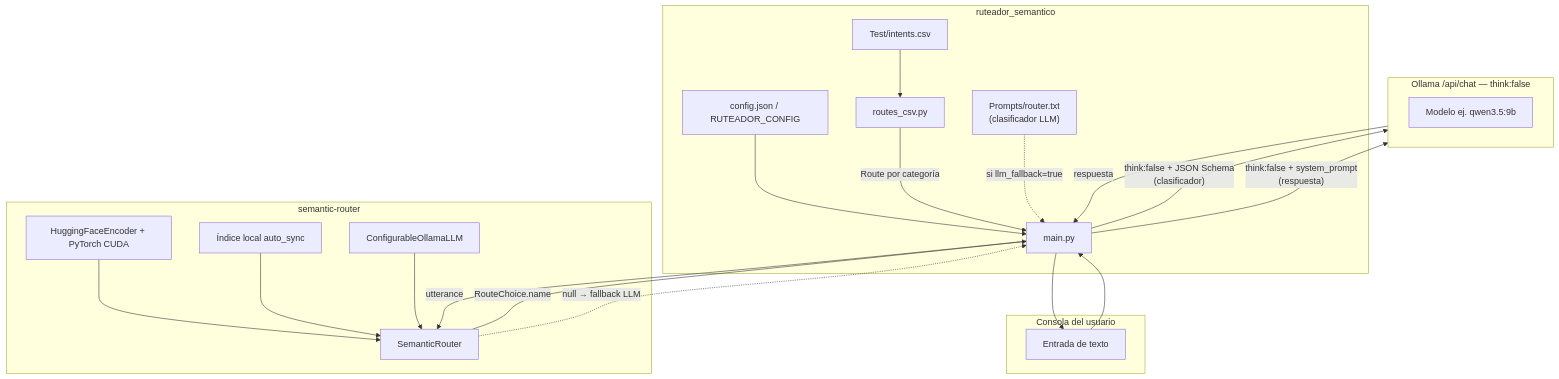
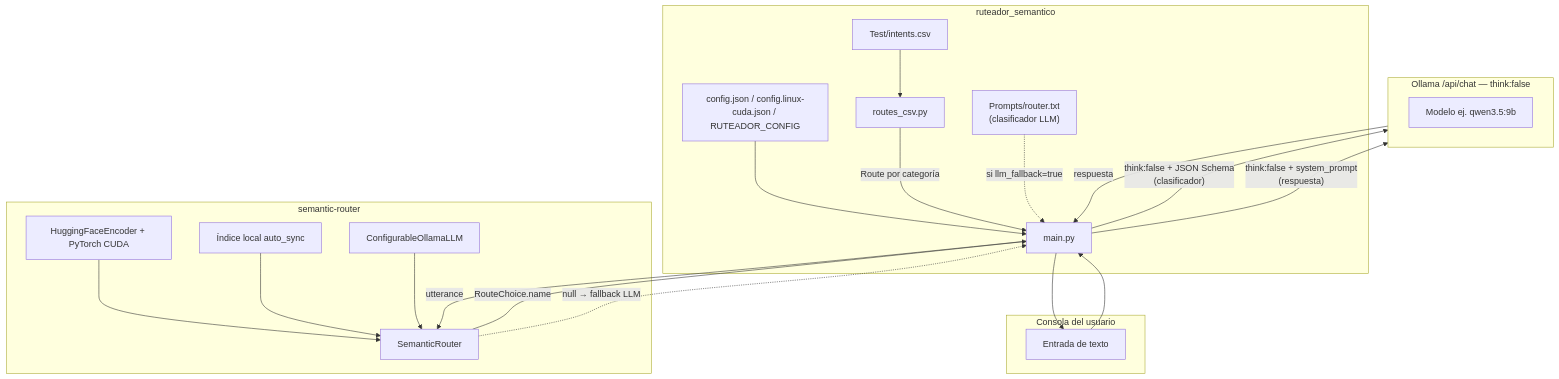
One commit to jquiroga-arg/intentrouter changed the diagram in README.md. Above: the diagram before and after it, drawn with Mermaid. The commit also changed other lines of this file and 8 other files, not shown here.

````diff
--- a/README.md
+++ b/README.md
@@ -9,41 +16,41 @@
 ```mermaid
 flowchart TB
     subgraph consola["Consola del usuario"]
         U[Entrada de texto]
     end
 
     subgraph app["ruteador_semantico"]
-        CFG[config.json / RUTEADOR_CONFIG]
+        CFG[config.json / config.linux-cuda.json / RUTEADOR_CONFIG]
         CSV[Test/intents.csv]
         PROMPT["Prompts/router.txt\n(clasificador LLM)"]
         LD[routes_csv.py]
         MAIN[main.py]
         CFG --> MAIN
         CSV --> LD
         LD -->|Route por categoría| MAIN
         PROMPT -.->|"si llm_fallback=true"| MAIN
     end
 
     subgraph sr["semantic-router"]
         ENC[HuggingFaceEncoder + PyTorch CUDA]
         IDX[Índice local auto_sync]
         SR[SemanticRouter]
         LLM_WRAPPER[ConfigurableOllamaLLM]
         ENC --> SR
         IDX --> SR
         LLM_WRAPPER --> SR
     end
 
     subgraph ollama_svc["Ollama /api/chat  —  think:false"]
         MODEL["Modelo ej. qwen3.5:9b"]
     end
 
     U --> MAIN
     MAIN -->|utterance| SR
     SR -->|"RouteChoice.name"| MAIN
     SR -. "null → fallback LLM" .-> MAIN
     MAIN -->|"think:false + JSON Schema\n(clasificador)"| ollama_svc
     MAIN -->|"think:false + system_prompt\n(respuesta)"| ollama_svc
     ollama_svc -->|respuesta| MAIN
     MAIN --> U
 ```
````
